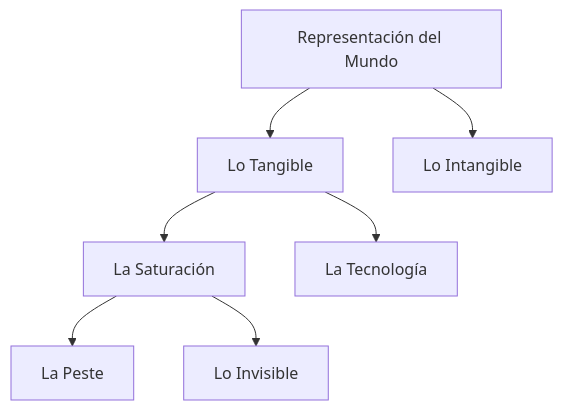
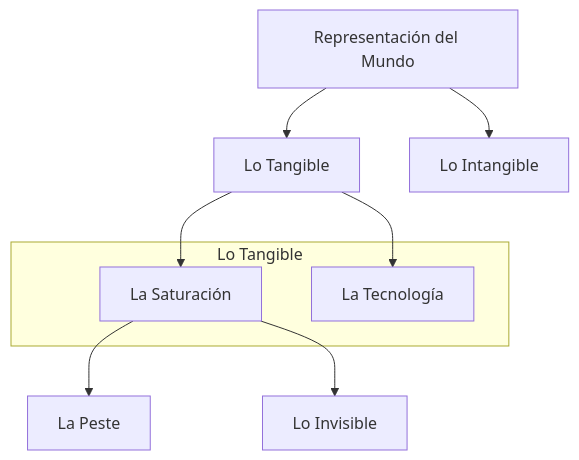
One commit to EGGS-Artesvisuales/EGGS-Artesvisuales.github.io changed the diagram in ES/tangible.md. Above: the diagram before and after it, drawn with Mermaid. The commit also changed other lines of this file, not shown here.

```diff
--- a/ES/tangible.md
+++ b/ES/tangible.md
@@ -44,12 +41,26 @@
 <div class="mermaid">
 graph TD
     Representacion["Representación del Mundo"]
     Representacion --> Tangible["Lo Tangible"]
     Representacion --> Intangible["Lo Intangible"]
 
     Tangible --> Saturacion["La Saturación"]
     Tangible --> Tecnologia["La Tecnología"]
 
     Saturacion --> Peste["La Peste"]
     Saturacion --> Invisible["Lo Invisible"]
+
+    %% Desarrollo del nodo "Lo Tangible"
+    subgraph "Lo Tangible"
+        Saturacion
+        Tecnologia
+    end
+
+    click Representacion "/ES/mundo-exterior.html" "Ir a Representación del Mundo"
+    click Tangible "/ES/tangible.html" "Ir a Lo Tangible"
+    click Intangible "/ES/intangible.html" "Ir a Lo Intangible"
+    click Saturacion "/ES/saturacion.html" "Ir a La Saturación"
+    click Tecnologia "/ES/tecnologia.html" "Ir a La Tecnología"
+    click Peste "/ES/peste.html" "Ir a La Peste"
+    click Invisible "/ES/invisible.html" "Ir a Lo Invisible"
 </div>
```
